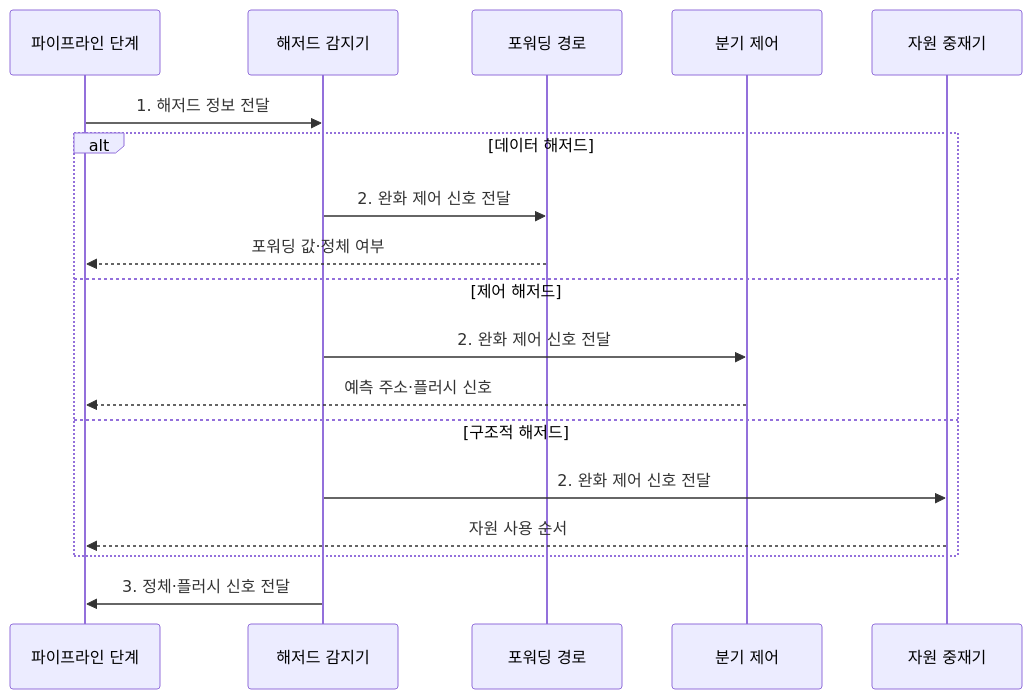
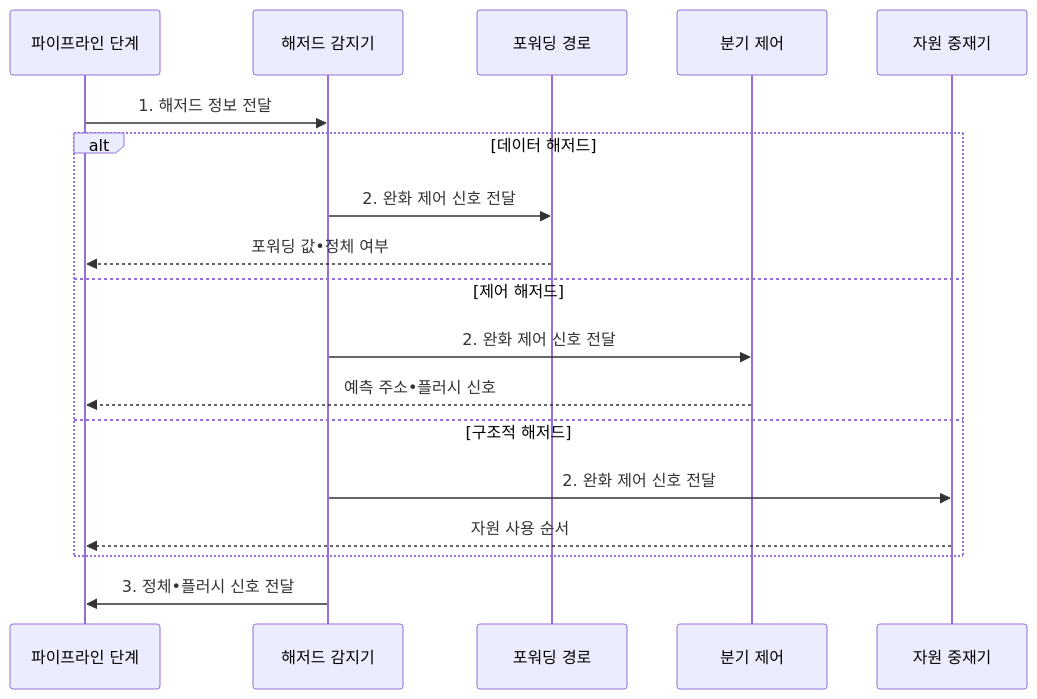
Before and after one commit to agnusdei1207/knowledge-base: the second of 2 diagrams in src/content/docs/notes/02-hardware/007_pipeline_hazards.md, drawn with Mermaid. The commit also changed other lines of this file and 953 other files, not shown here.

````diff
--- a/src/content/docs/notes/02-hardware/007_pipeline_hazards.md
+++ b/src/content/docs/notes/02-hardware/007_pipeline_hazards.md
@@ -100,20 +100,20 @@
 ```mermaid
 sequenceDiagram
     participant P as 파이프라인 단계
     participant H as 해저드 감지기
     participant F as 포워딩 경로
     participant B as 분기 제어
     participant R as 자원 중재기
     P->>H: 1. 해저드 정보 전달
     alt 데이터 해저드
         H->>F: 2. 완화 제어 신호 전달
-        F-->>P: 포워딩 값·정체 여부
+        F-->>P: 포워딩 값•정체 여부
     else 제어 해저드
         H->>B: 2. 완화 제어 신호 전달
-        B-->>P: 예측 주소·플러시 신호
+        B-->>P: 예측 주소•플러시 신호
     else 구조적 해저드
         H->>R: 2. 완화 제어 신호 전달
         R-->>P: 자원 사용 순서
     end
-    H->>P: 3. 정체·플러시 신호 전달
+    H->>P: 3. 정체•플러시 신호 전달
 ```
````
